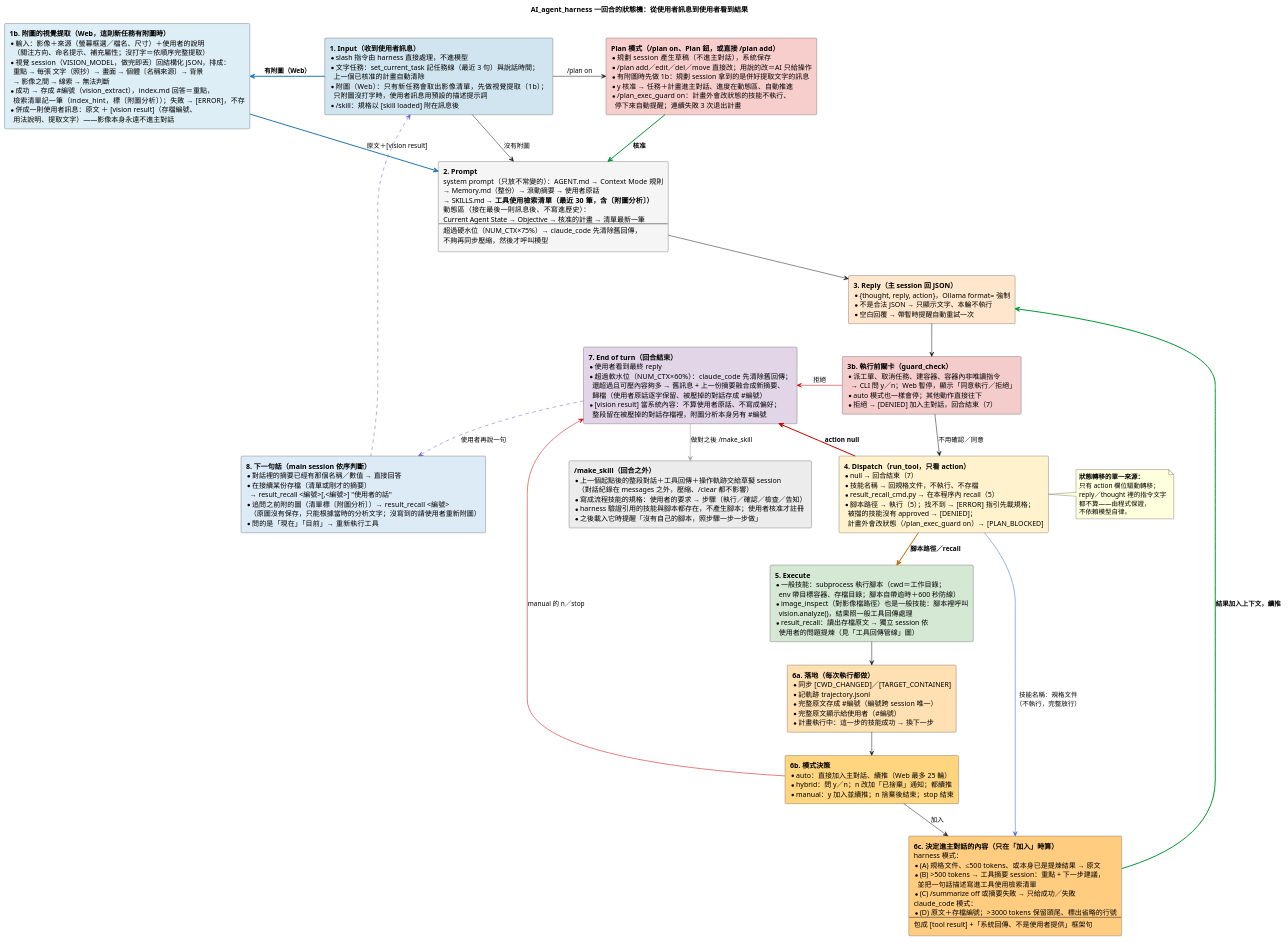
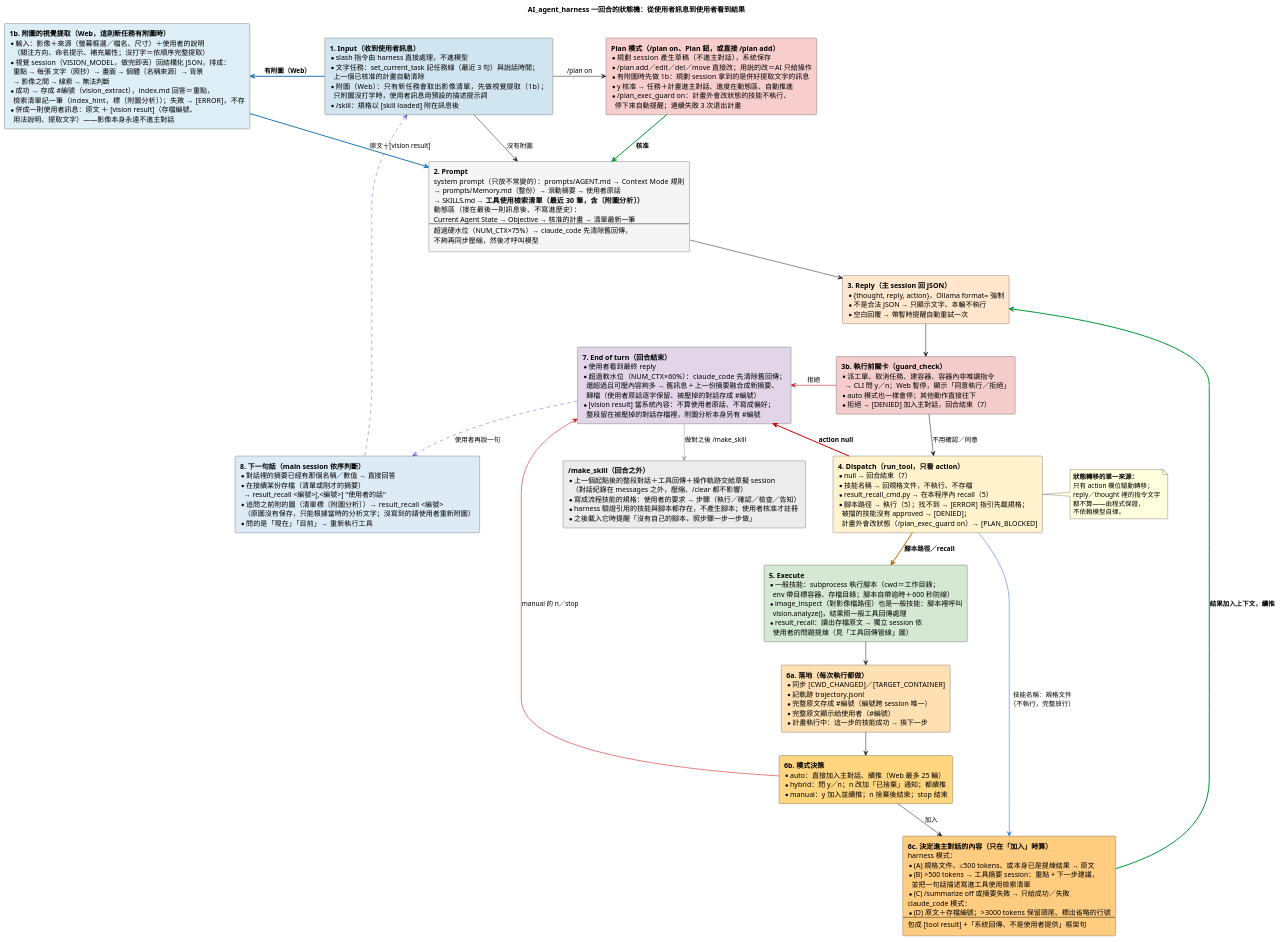
The diagram in doc/diagrams/AI_agent_harness的狀態轉移.puml (DavidZox/Coding_agnet), drawn with PlantUML before and after one commit. The commit also changed 23 other files, not shown here.

```diff
--- a/doc/diagrams/AI_agent_harness的狀態轉移.puml
+++ b/doc/diagrams/AI_agent_harness的狀態轉移.puml
@@ -1,179 +1,179 @@
 @startuml
 ' --- 樣式精準控制 ---
 skinparam RectangleWidthMax 360
 skinparam ranksep 45
 skinparam nodesep 55
 skinparam shadowing false
 skinparam defaultFontName "Microsoft JhengHei"
 
 title AI_agent_harness 一回合的狀態機：從使用者訊息到使用者看到結果
 
 rectangle State1 #D1E5F0 [
   **1. Input（收到使用者訊息）**
   * slash 指令由 harness 直接處理，不進模型
   * 文字任務：set_current_task 記任務線（最近 3 句）與說話時間；
     上一個已核准的計畫自動清除
   * 附圖（Web）：只有新任務會取出影像清單，先做視覺提取（1b）；
     只附圖沒打字時，使用者訊息用預設的描述提示詞
   * /skill：規格以 [skill loaded] 附在訊息後
 ]
 
 rectangle StateVision #DDEEF6 [
   **1b. 附圖的視覺提取（Web，這則新任務有附圖時）**
   * 輸入：影像＋來源（螢幕框選／檔名、尺寸）＋使用者的說明
     （關注方向、命名提示、補充屬性；沒打字＝依順序完整提取）
   * 視覺 session（VISION_MODEL，做完即丟）回結構化 JSON，排成：
     重點 → 每張 文字（照抄）→ 畫面 → 個體〔名稱來源〕→ 背景
     → 影像之間 → 線索 → 無法判斷
   * 成功 → 存成 #編號（vision_extract），index.md 回答＝重點，
     檢索清單記一筆（index_hint，標〔附圖分析〕）；失敗 → [ERROR]，不存
   * 併成一則使用者訊息：原文 ＋ [vision result]（存檔編號、
     用法說明、提取文字）——影像本身永遠不進主對話
 ]
 
 rectangle State2 #F5F5F5 [
   **2. Prompt**
-  system prompt（只放不常變的）：AGENT.md → Context Mode 規則
-  → Memory.md（整份）→ 滾動摘要 → 使用者原話
+  system prompt（只放不常變的）：prompts/AGENT.md → Context Mode 規則
+  → prompts/Memory.md（整份）→ 滾動摘要 → 使用者原話
   → SKILLS.md → **工具使用檢索清單（最近 30 筆，含〔附圖分析〕）**
   動態區（接在最後一則訊息後、不寫進歷史）：
   Current Agent State → Objective → 核准的計畫 → 清單最新一筆
   ----
   超過硬水位（NUM_CTX×75%）→ claude_code 先清除舊回傳，
   不夠再同步壓縮，然後才呼叫模型
 ]
 
 rectangle State3 #FFE6CC [
   **3. Reply（主 session 回 JSON）**
   * {thought, reply, action}，Ollama format= 強制
   * 不是合法 JSON → 只顯示文字、本輪不執行
   * 空白回覆 → 帶暫時提醒自動重試一次
 ]
 
 rectangle StateGuard #F4CCCC [
   **3b. 執行前關卡（guard_check）**
   * 派工單、取消任務、建容器、容器內非唯讀指令
     → CLI 問 y／n；Web 暫停，顯示「同意執行／拒絕」
   * auto 模式也一樣會停；其他動作直接往下
   * 拒絕 → [DENIED] 加入主對話，回合結束（7）
 ]
 
 rectangle State4 #FFF2CC [
   **4. Dispatch（run_tool，只看 action）**
   * null → 回合結束（7）
   * 技能名稱 → 回規格文件，不執行、不存檔
   * result_recall_cmd.py → 在本程序內 recall（5）
   * 腳本路徑 → 執行（5）；找不到 → [ERROR] 指引先載規格；
     被擋的技能沒有 approved → [DENIED]；
     計畫外會改狀態（/plan_exec_guard on）→ [PLAN_BLOCKED]
 ]
 
 rectangle State5 #D5E8D4 [
   **5. Execute**
   * 一般技能：subprocess 執行腳本（cwd＝工作目錄；
     env 帶目標容器、存檔目錄；腳本自帶逾時＋600 秒防線）
   * image_inspect（對影像檔路徑）也是一般技能：腳本裡呼叫
     vision.analyze()，結果照一般工具回傳處理
   * result_recall：讀出存檔原文 → 獨立 session 依
     使用者的問題提煉（見「工具回傳管線」圖）
 ]
 
 rectangle State6a #FFE0B2 [
   **6a. 落地（每次執行都做）**
   * 同步 [CWD_CHANGED]／[TARGET_CONTAINER]
   * 記軌跡 trajectory.jsonl
   * 完整原文存成 #編號（編號跨 session 唯一）
   * 完整原文顯示給使用者（#編號）
   * 計畫執行中：這一步的技能成功 → 換下一步
 ]
 
 rectangle State6b #FFD580 [
   **6b. 模式決策**
   * auto：直接加入主對話、續推（Web 最多 25 輪）
   * hybrid：問 y／n；n 改加「已捨棄」通知；都續推
   * manual：y 加入並續推；n 捨棄後結束；stop 結束
 ]
 
 rectangle State6c #FFCC80 [
   **6c. 決定進主對話的內容（只在「加入」時算）**
   harness 模式：
   * (A) 規格文件、≤500 tokens、或本身已是提煉結果 → 原文
   * (B) >500 tokens → 工具摘要 session：重點 + 下一步建議，
     並把一句話描述寫進工具使用檢索清單
   * (C) /summarize off 或摘要失敗 → 只給成功／失敗
   claude_code 模式：
   * (D) 原文＋存檔編號；>3000 tokens 保留頭尾、標出省略的行號
   ----
   包成 [tool result] +「系統回傳、不是使用者提供」框架句
 ]
 
 rectangle State7 #E1D5E7 [
   **7. End of turn（回合結束）**
   * 使用者看到最終 reply
   * 超過軟水位（NUM_CTX×60%）：claude_code 先清除舊回傳；
     還超過且可壓內容夠多 → 舊訊息 + 上一份摘要融合成新摘要、
     歸檔（使用者原話逐字保留、被壓掉的對話存成 #編號）
   * [vision result] 當系統內容：不算使用者原話、不寫成偏好；
     整段留在被壓掉的對話存檔裡，附圖分析本身另有 #編號
 ]
 
 rectangle State8 #DDEBF7 [
   **8. 下一句話（main session 依序判斷）**
   * 對話裡的摘要已經有那個名稱／數值 → 直接回答
   * 在接續某份存檔（清單或剛才的摘要）
     → result_recall <編號>[,<編號>] "使用者的話"
   * 追問之前附的圖（清單標〔附圖分析〕）→ result_recall <編號>
     （原圖沒有保存，只能根據當時的分析文字；沒寫到的請使用者重新附圖）
   * 問的是「現在」「目前」→ 重新執行工具
 ]
 
 rectangle StatePlan #F8CECC [
   **Plan 模式（/plan on、Plan 鈕，或直接 /plan add）**
   * 規劃 session 產生草稿（不進主對話），系統保存
   * /plan add／edit／del／move 直接改；用說的改＝AI 只給操作
   * 有附圖時先做 1b：規劃 session 拿到的是併好提取文字的訊息
   * y 核准 → 任務＋計畫進主對話、進度在動態區、自動推進
   * /plan_exec_guard on：計畫外會改狀態的技能不執行、
     停下來自動提醒；連續失敗 3 次退出計畫
 ]
 
 rectangle StateSkill #ECECEC [
   **/make_skill（回合之外）**
   * 上一個起點後的整段對話＋工具回傳＋操作軌跡交給草擬 session
     （對話紀錄在 messages 之外，壓縮、/clear 都不影響）
   * 寫成流程技能的規格：使用者的要求 → 步驟（執行／確認／檢查／告知）
   * harness 驗證引用的技能與腳本都存在，不產生腳本；使用者核准才註冊
   * 之後載入它時提醒「沒有自己的腳本，照步驟一步一步做」
 ]
 
 ' --- 邏輯流向 ---
 State1 -down-> State2 : 沒有附圖
 State1 -[#1F77B4,bold]left-> StateVision : **有附圖（Web）**
 StateVision -[#1F77B4,bold]down-> State2 : 原文＋[vision result]
 State2 -down-> State3
 State3 -down-> StateGuard
 StateGuard -down-> State4 : 不用確認／同意
 StateGuard -[#CC0000]left-> State7 : 拒絕
 State4 -[#CC6600,bold]down-> State5 : **腳本路徑／recall**
 State4 -[#3366CC]right-> State6c : 技能名稱：規格文件\n（不執行，完整放行）
 State5 -down-> State6a
 State6a -down-> State6b
 State6b -down-> State6c : 加入
 State6c -[#009933,bold]up-> State3 : **結果加入上下文，續推**
 State4 -[#CC0000,bold]left-> State7 : **action null**
 State6b -[#CC0000]left-> State7 : manual 的 n／stop
 State7 -[#6A5ACD,dashed]down-> State8 : 使用者再說一句
 State8 -[#6A5ACD,dashed]up-> State1
 State1 -right-> StatePlan : /plan on
 StatePlan -[#009933,bold]down-> State2 : **核准**
 State7 -[#999999]down-> StateSkill : 做對之後 /make_skill
 
 note right of State4
   **狀態轉移的單一來源：**
   只有 action 欄位驅動轉移；
   reply／thought 裡的指令文字
   都不算——由程式保證，
   不依賴模型自律。
 end note
 
 @enduml
```
